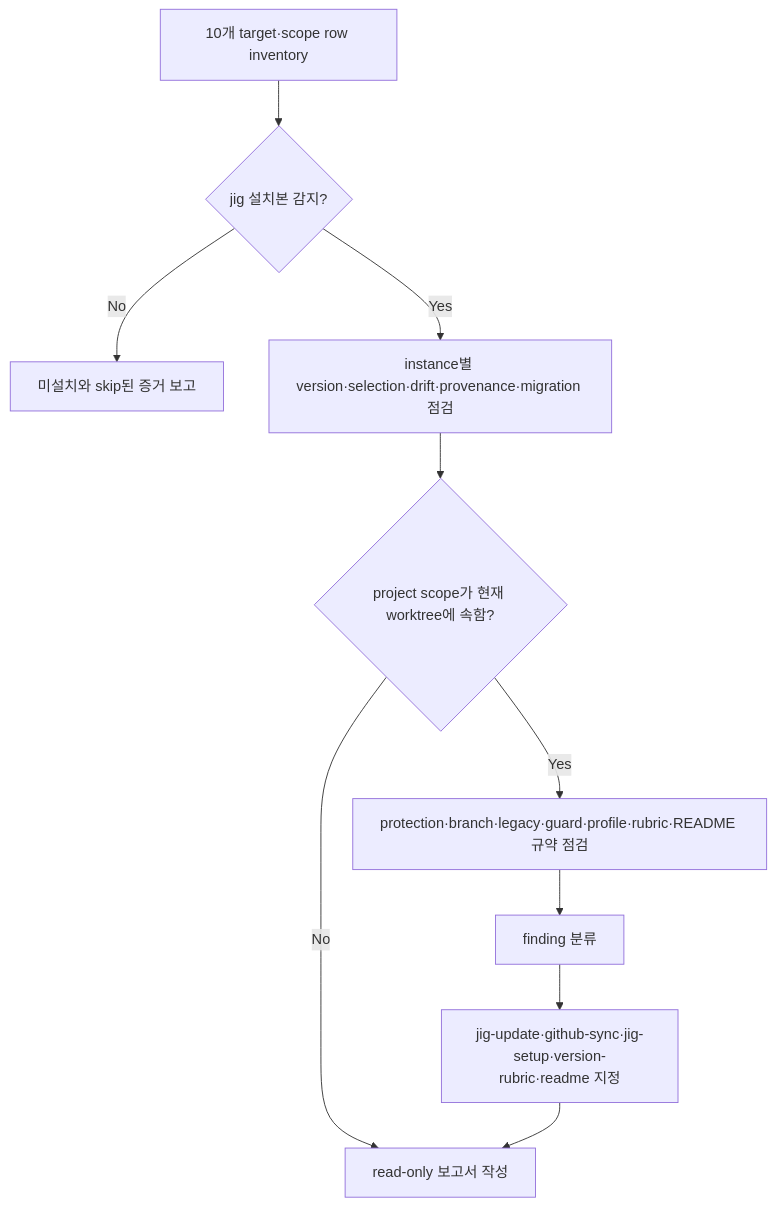
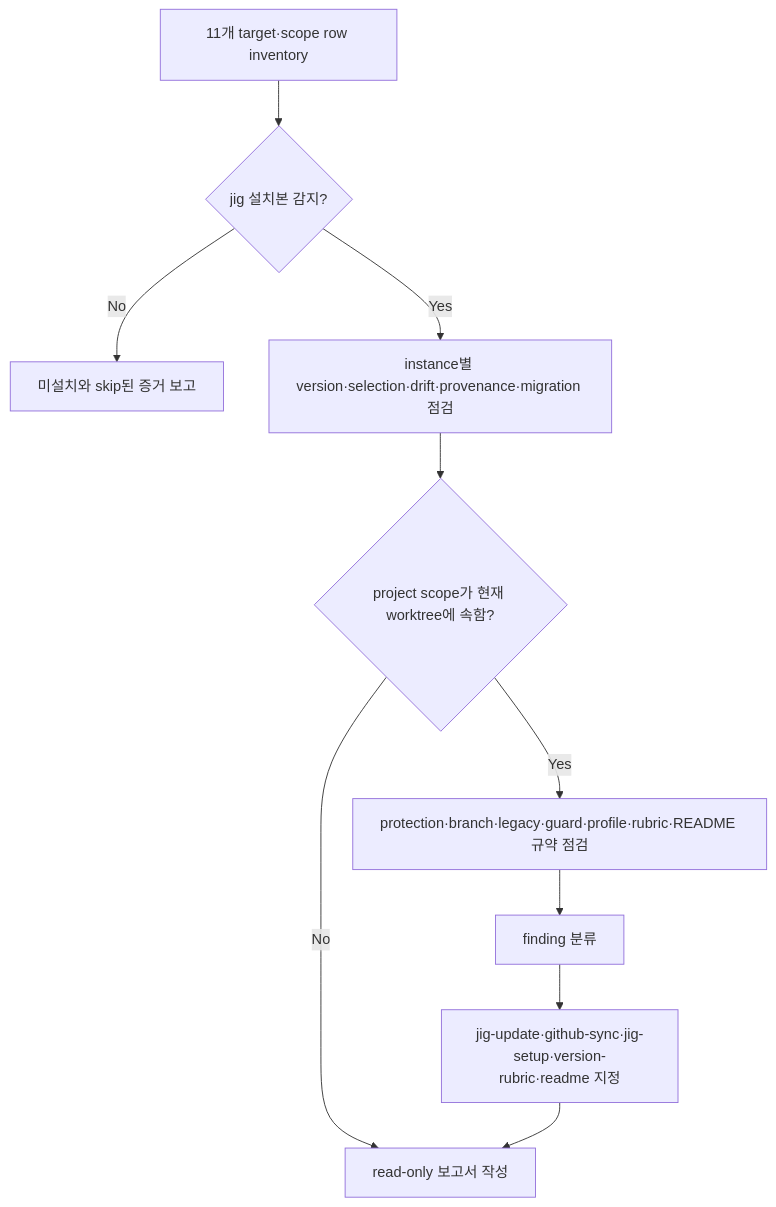
One commit to 0x0w1/jig changed the diagram in docs/ko/skills/jig-doctor.md. Above: the diagram before and after it, drawn with Mermaid. The commit also changed other lines of this file and 113 other files, not shown here.

````diff
--- a/docs/ko/skills/jig-doctor.md
+++ b/docs/ko/skills/jig-doctor.md
@@ -28,12 +29,12 @@
 ```mermaid
 flowchart TD
-    Inventory[10개 target·scope row inventory] --> Instances{jig 설치본 감지?}
+    Inventory[11개 target·scope row inventory] --> Instances{jig 설치본 감지?}
     Instances -- No --> ReportAbsent[미설치와 skip된 증거 보고]
     Instances -- Yes --> PerInstance[instance별 version·selection·drift·provenance·migration 점검]
     PerInstance --> Project{project scope가 현재 worktree에 속함?}
     Project -- No --> Report[read-only 보고서 작성]
     Project -- Yes --> Repo[protection·branch·legacy·guard·profile·rubric·README 규약 점검]
     Repo --> Classify[finding 분류]
     Classify --> Delegate[jig-update·github-sync·jig-setup·version-rubric·readme 지정]
     Delegate --> Report
 ```
````
